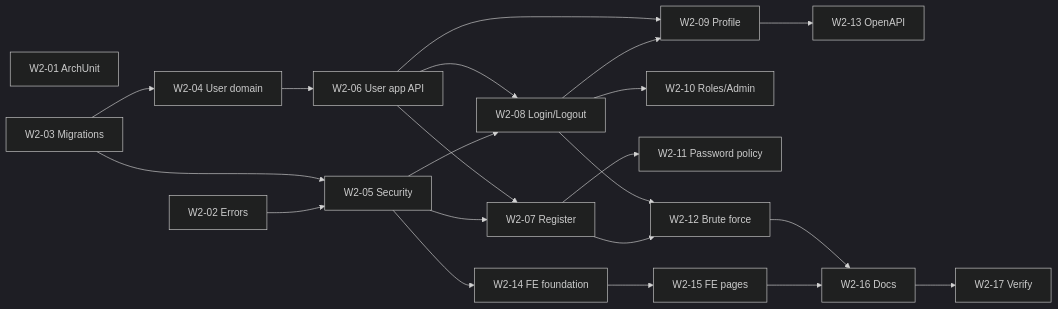
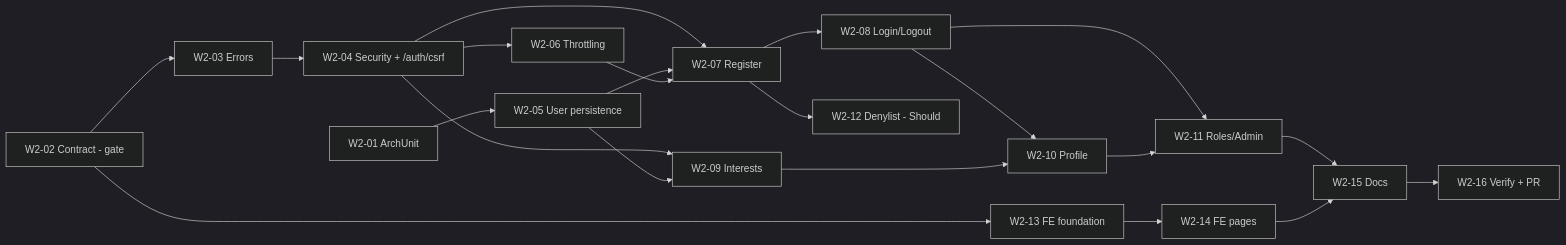
One commit to EmilyStoyanova/online-casino-simulator changed the diagram in docs/plans/week-02.md. Above: the diagram before and after it, drawn with Mermaid (dark theme). The commit also changed other lines of this file and 7 other files, not shown here.

Commit message:
docs: align implementation plan with design-first architecture and security requirements

````diff
--- a/docs/plans/week-02.md
+++ b/docs/plans/week-02.md
@@ -759,22 +800,21 @@
 ```mermaid
 graph LR
-    W201[W2-01 ArchUnit]
-    W202[W2-02 Errors] --> W205[W2-05 Security]
-    W203[W2-03 Migrations] --> W204[W2-04 User domain] --> W206[W2-06 User app API]
-    W203 --> W205
-    W205 --> W207[W2-07 Register]
+    W201[W2-01 ArchUnit] --> W205[W2-05 User persistence]
+    W202[W2-02 Contract - gate] --> W203[W2-03 Errors] --> W204[W2-04 Security + /auth/csrf]
+    W202 --> W213[W2-13 FE foundation] --> W214[W2-14 FE pages]
+    W204 --> W206[W2-06 Throttling]
+    W204 --> W207[W2-07 Register]
+    W205 --> W207
     W206 --> W207
-    W205 --> W208[W2-08 Login/Logout]
-    W206 --> W208
-    W208 --> W209[W2-09 Profile]
-    W206 --> W209
-    W208 --> W210[W2-10 Roles/Admin]
-    W207 --> W211[W2-11 Password policy]
-    W207 --> W212[W2-12 Brute force]
-    W208 --> W212
-    W209 --> W213[W2-13 OpenAPI]
-    W205 --> W214[W2-14 FE foundation] --> W215[W2-15 FE pages]
-    W215 --> W216[W2-16 Docs]
-    W212 --> W216
-    W216 --> W217[W2-17 Verify]
+    W207 --> W208[W2-08 Login/Logout]
+    W207 --> W212[W2-12 Denylist - Should]
+    W204 --> W209[W2-09 Interests]
+    W205 --> W209
+    W208 --> W210[W2-10 Profile]
+    W209 --> W210
+    W208 --> W211[W2-11 Roles/Admin]
+    W210 --> W211
+    W211 --> W215[W2-15 Docs]
+    W214 --> W215
+    W215 --> W216[W2-16 Verify + PR]
 ```
````
